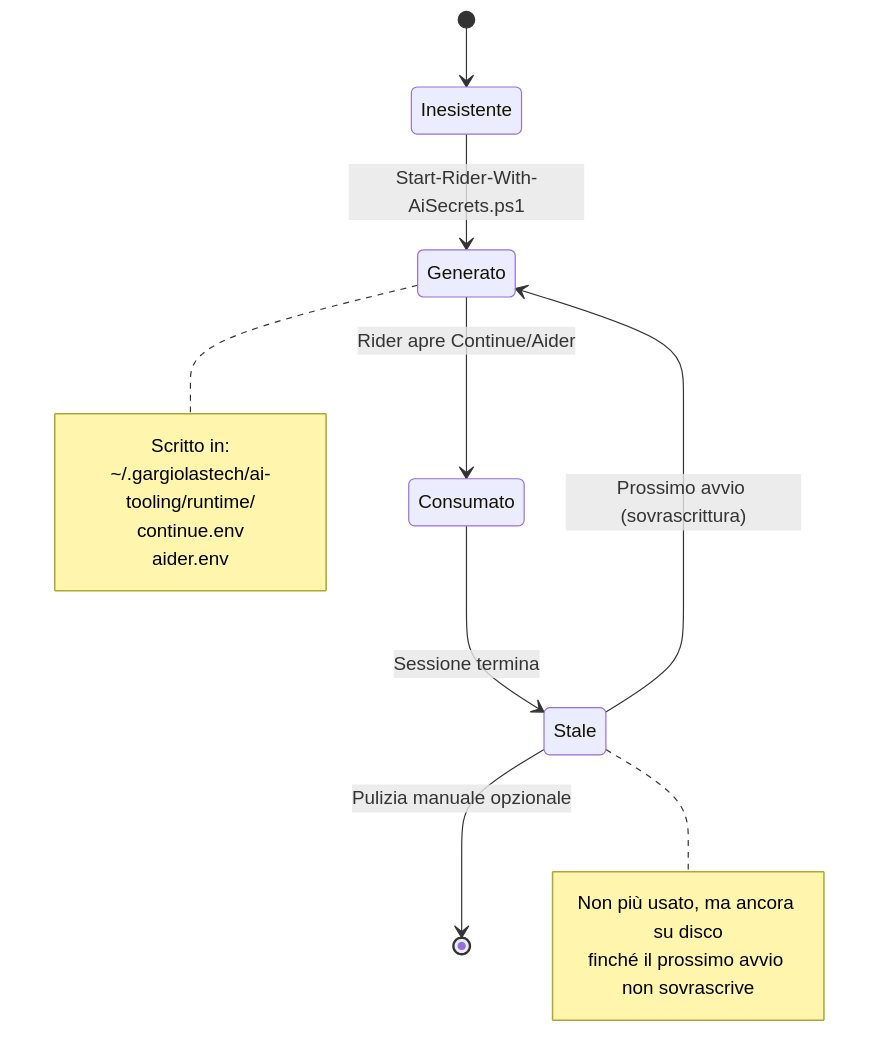
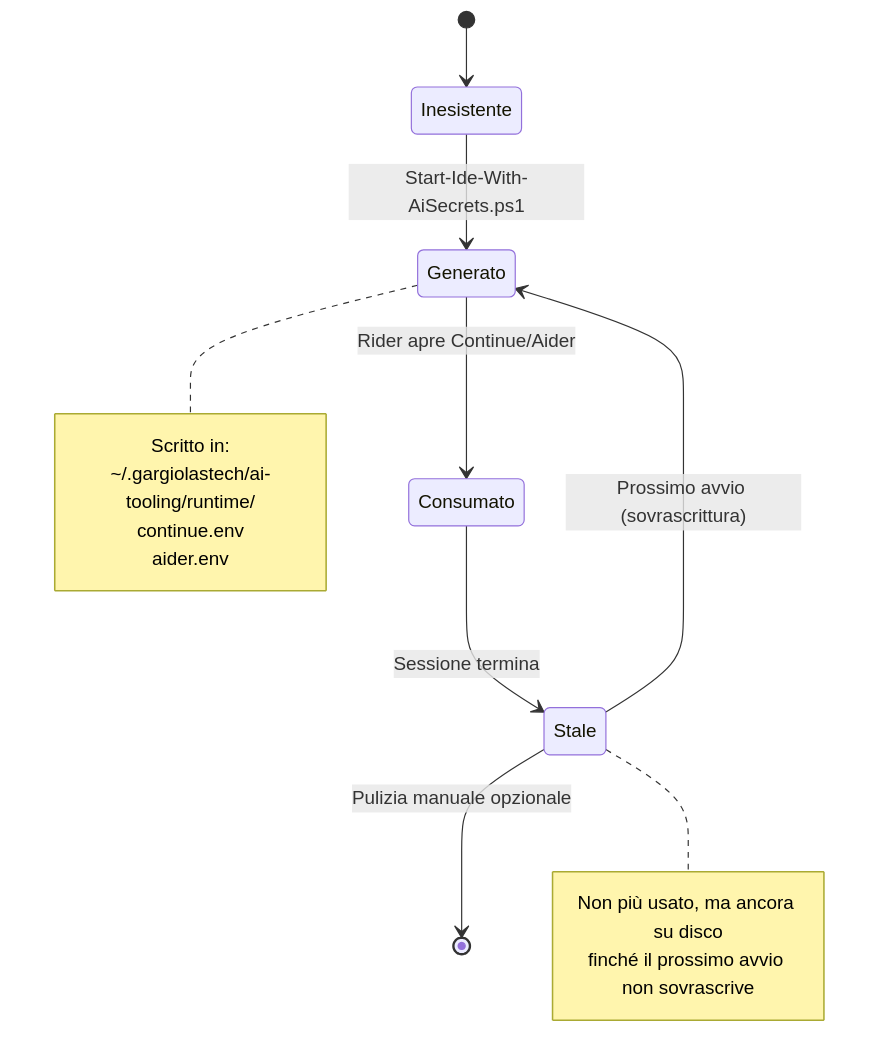
Before and after one commit to gargiolastech-core/gargiolastech-ai-tooling: the ninth of 21 diagrams in docs/DOCUMENTATION.md, drawn with Mermaid. The commit also changed other lines of this file, not shown here.

Commit message:
docs: Comprehensive update of `DOCUMENTATION.md` for v2.0 multi-IDE support

````diff
--- a/docs/DOCUMENTATION.md
+++ b/docs/DOCUMENTATION.md
@@ -672,21 +682,21 @@
 ```mermaid
 stateDiagram-v2
     [*] --> Inesistente
-    Inesistente --> Generato : Start-Rider-With-AiSecrets.ps1
+    Inesistente --> Generato : Start-Ide-With-AiSecrets.ps1
     Generato --> Consumato : Rider apre Continue/Aider
     Consumato --> Stale : Sessione termina
     Stale --> Generato : Prossimo avvio (sovrascrittura)
     Stale --> [*] : Pulizia manuale opzionale
 
     note right of Generato
         Scritto in:
         ~/.gargiolastech/ai-tooling/runtime/
         continue.env
         aider.env
     end note
 
     note right of Stale
         Non più usato, ma ancora su disco
         finché il prossimo avvio non sovrascrive
     end note
 ```
````
